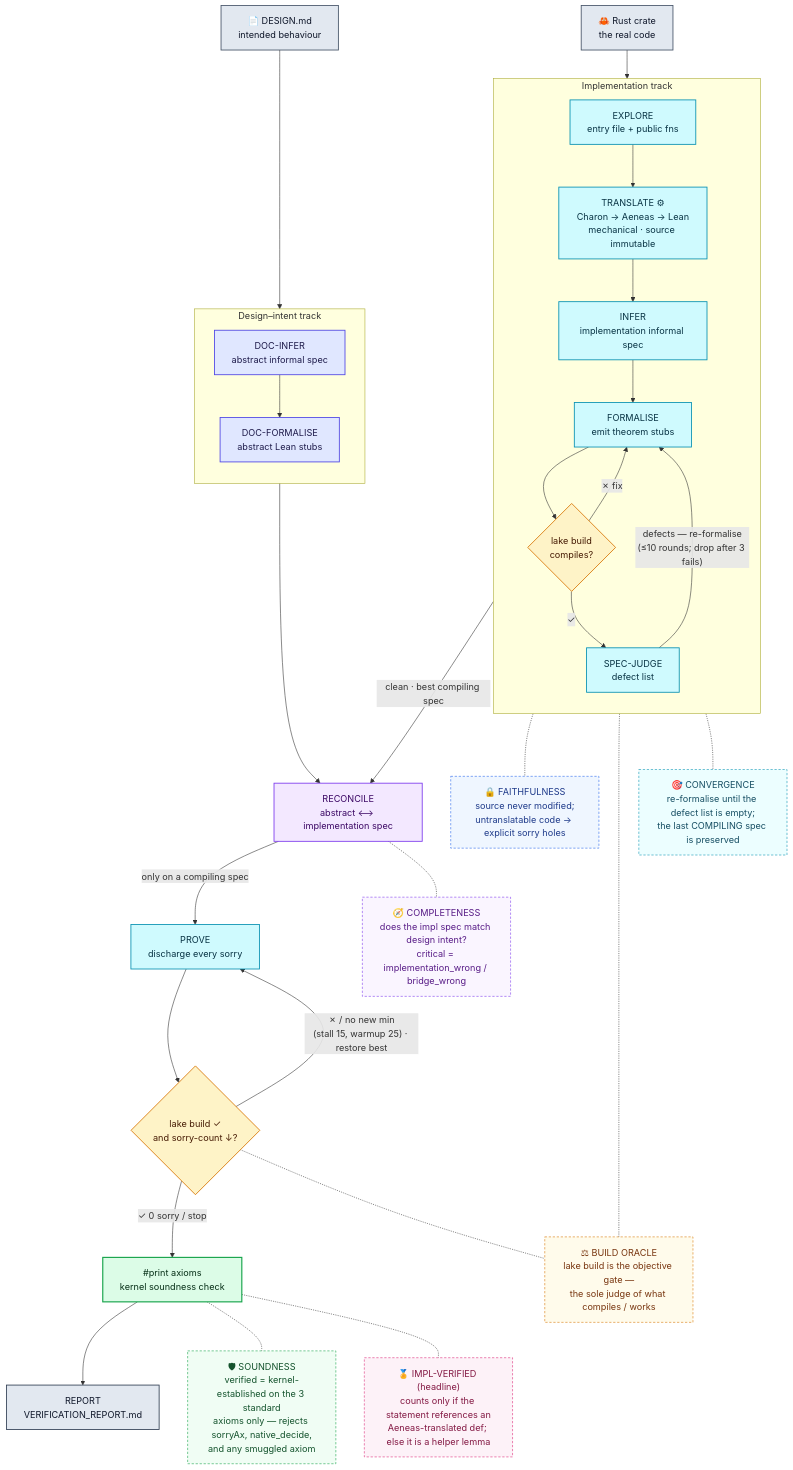
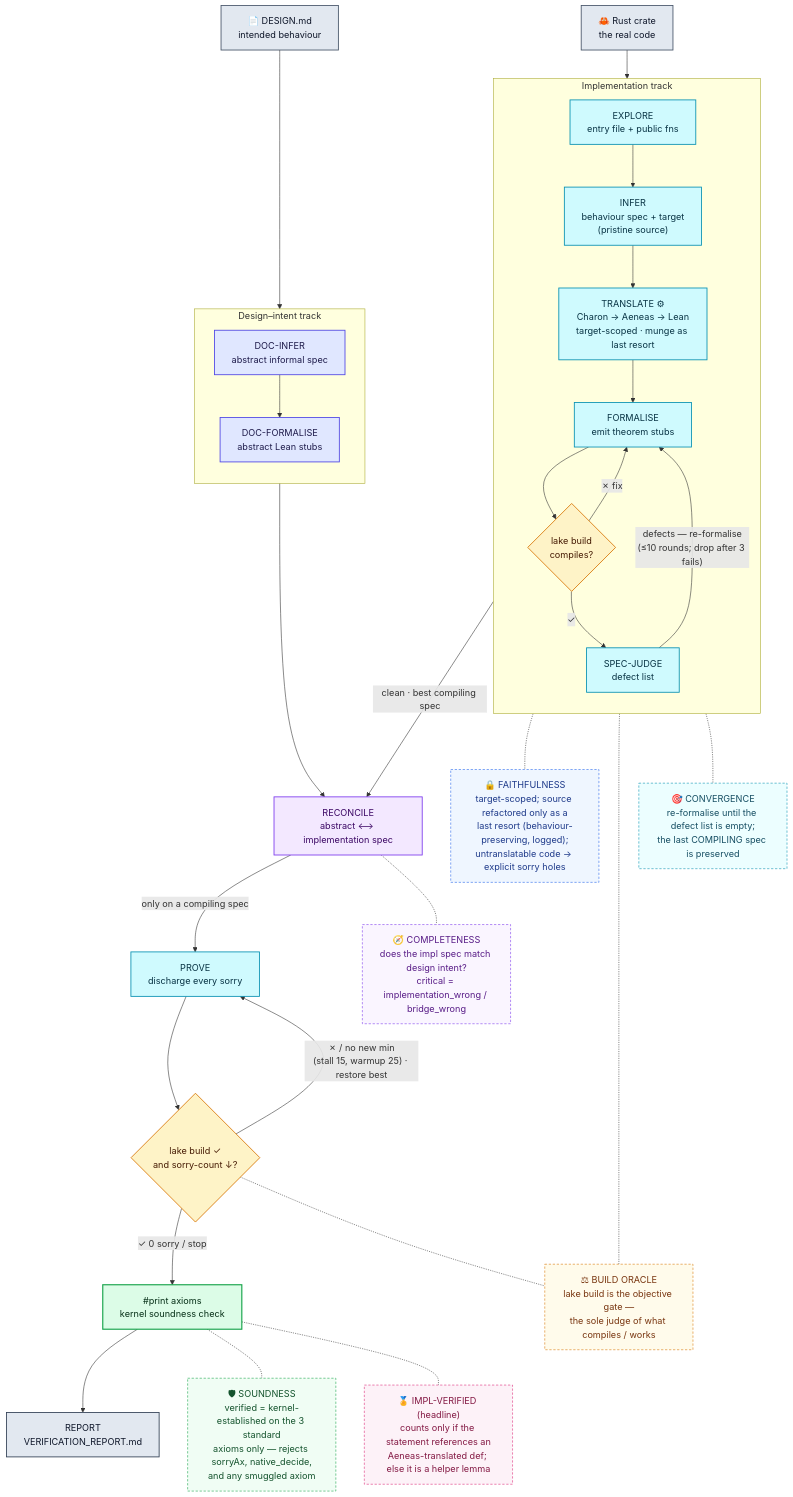
One commit to Certora/lusterna changed the diagram in README.md. Above: the diagram before and after it, drawn with Mermaid. The commit also changed other lines of this file and 13 other files, not shown here.

````diff
--- a/README.md
+++ b/README.md
@@ -55,80 +55,80 @@
 ```mermaid
 flowchart TD
 
   %% ---------------- inputs ----------------
   DESIGN["📄 DESIGN.md<br/>intended behaviour"]:::src
   RUST["🦀 Rust crate<br/>the real code"]:::src
 
   %% ---------------- design / spec track ----------------
   subgraph DT ["Design–intent track"]
     direction TB
     DOCINFER["DOC-INFER<br/>abstract informal spec"]:::doc
     DOCFORM["DOC-FORMALISE<br/>abstract Lean stubs"]:::doc
     DOCINFER --> DOCFORM
   end
 
   %% ---------------- implementation track ----------------
   subgraph IT ["Implementation track"]
     direction TB
     EXPLORE["EXPLORE<br/>entry file + public fns"]:::impl
-    TRANSLATE["TRANSLATE ⚙<br/>Charon → Aeneas → Lean<br/>mechanical · source immutable"]:::impl
-    INFER["INFER<br/>implementation informal spec"]:::impl
+    INFER["INFER<br/>behaviour spec + target<br/>(pristine source)"]:::impl
+    TRANSLATE["TRANSLATE ⚙<br/>Charon → Aeneas → Lean<br/>target-scoped · munge as last resort"]:::impl
     FORMALISE["FORMALISE<br/>emit theorem stubs"]:::impl
     FBUILD{"lake build<br/>compiles?"}:::gate
     JUDGE["SPEC-JUDGE<br/>defect list"]:::impl
-    EXPLORE --> TRANSLATE --> INFER --> FORMALISE --> FBUILD
+    EXPLORE --> INFER --> TRANSLATE --> FORMALISE --> FBUILD
     FBUILD -- "✗ fix" --> FORMALISE
     FBUILD -- "✓" --> JUDGE
     JUDGE -- "defects — re-formalise<br/>(≤10 rounds; drop after 3 fails)" --> FORMALISE
   end
 
   DESIGN --> DOCINFER
   RUST --> EXPLORE
 
   %% ---------------- reconcile + prove + verify ----------------
   RECONCILE["RECONCILE<br/>abstract ⟷ implementation spec"]:::recon
   PROVE["PROVE<br/>discharge every sorry"]:::impl
   PBUILD{"lake build ✓<br/>and sorry-count ↓?"}:::gate
   AXIOMS["#print axioms<br/>kernel soundness check"]:::verify
   REPORT["REPORT<br/>VERIFICATION_REPORT.md"]:::report
 
   JUDGE -- "clean · best compiling spec" --> RECONCILE
   DOCFORM --> RECONCILE
   RECONCILE -- "only on a compiling spec" --> PROVE
   PROVE --> PBUILD
   PBUILD -- "✗ / no new min<br/>(stall 15, warmup 25) · restore best" --> PROVE
   PBUILD -- "✓ 0 sorry / stop" --> AXIOMS
   AXIOMS --> REPORT
 
   %% ---------------- concept callouts (always visible) ----------------
-  FAITH["🔒 FAITHFULNESS<br/>source never modified;<br/>untranslatable code → explicit sorry holes"]:::coFaith
+  FAITH["🔒 FAITHFULNESS<br/>target-scoped; source refactored only as a<br/>last resort (behaviour-preserving, logged);<br/>untranslatable code → explicit sorry holes"]:::coFaith
   ORACLE["⚖ BUILD ORACLE<br/>lake build is the objective gate —<br/>the sole judge of what compiles / works"]:::coOracle
   CONV["🎯 CONVERGENCE<br/>re-formalise until the defect list is empty;<br/>the last COMPILING spec is preserved"]:::coConv
   COMPL["🧭 COMPLETENESS<br/>does the impl spec match design intent?<br/>critical = implementation_wrong / bridge_wrong"]:::coCompl
   SOUND["🛡 SOUNDNESS<br/>verified = kernel-established on the 3 standard<br/>axioms only — rejects sorryAx, native_decide,<br/>and any smuggled axiom"]:::coSound
   IMPL["🏅 IMPL-VERIFIED (headline)<br/>counts only if the statement references an<br/>Aeneas-translated def; else it is a helper lemma"]:::coImpl
 
   TRANSLATE -.- FAITH
   FBUILD -.- ORACLE
   PBUILD -.- ORACLE
   JUDGE -.- CONV
   RECONCILE -.- COMPL
   AXIOMS -.- SOUND
   AXIOMS -.- IMPL
 
   %% ---------------- styling ----------------
   classDef src    fill:#e2e8f0,stroke:#475569,stroke-width:1.5px,color:#0f172a;
   classDef doc    fill:#e0e7ff,stroke:#4f46e5,stroke-width:1.5px,color:#1e1b4b;
   classDef impl   fill:#cffafe,stroke:#0891b2,stroke-width:1.5px,color:#083344;
   classDef gate   fill:#fef3c7,stroke:#d97706,stroke-width:1.5px,color:#451a03;
   classDef recon  fill:#f3e8ff,stroke:#7c3aed,stroke-width:1.5px,color:#3b0764;
   classDef verify fill:#dcfce7,stroke:#16a34a,stroke-width:2px,color:#052e16;
   classDef report fill:#e2e8f0,stroke:#334155,stroke-width:1.5px,color:#0f172a;
 
   classDef coFaith  fill:#eff6ff,stroke:#2563eb,stroke-width:1px,stroke-dasharray:4 3,color:#1e3a8a;
   classDef coOracle fill:#fffbeb,stroke:#d97706,stroke-width:1px,stroke-dasharray:4 3,color:#78350f;
   classDef coConv   fill:#ecfeff,stroke:#0891b2,stroke-width:1px,stroke-dasharray:4 3,color:#164e63;
   classDef coCompl  fill:#faf5ff,stroke:#7c3aed,stroke-width:1px,stroke-dasharray:4 3,color:#581c87;
   classDef coSound  fill:#f0fdf4,stroke:#16a34a,stroke-width:1px,stroke-dasharray:4 3,color:#14532d;
   classDef coImpl   fill:#fdf2f8,stroke:#db2777,stroke-width:1px,stroke-dasharray:4 3,color:#831843;
 ```
````
